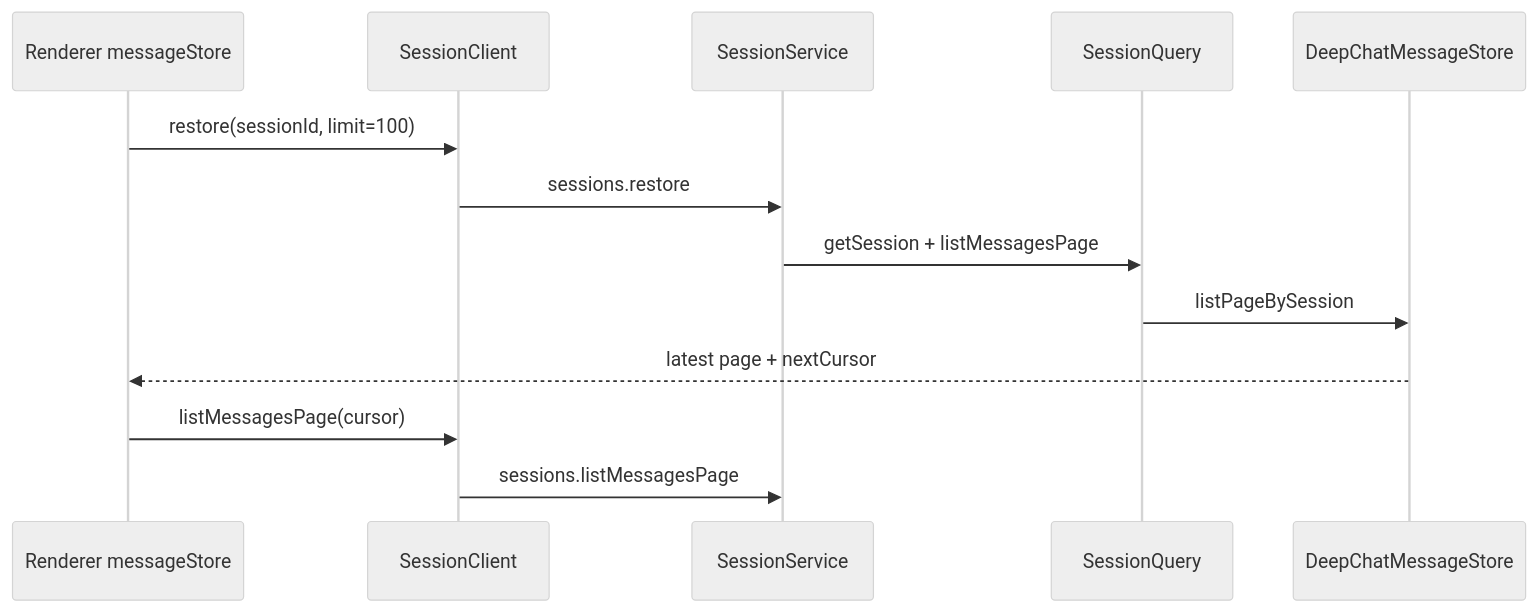
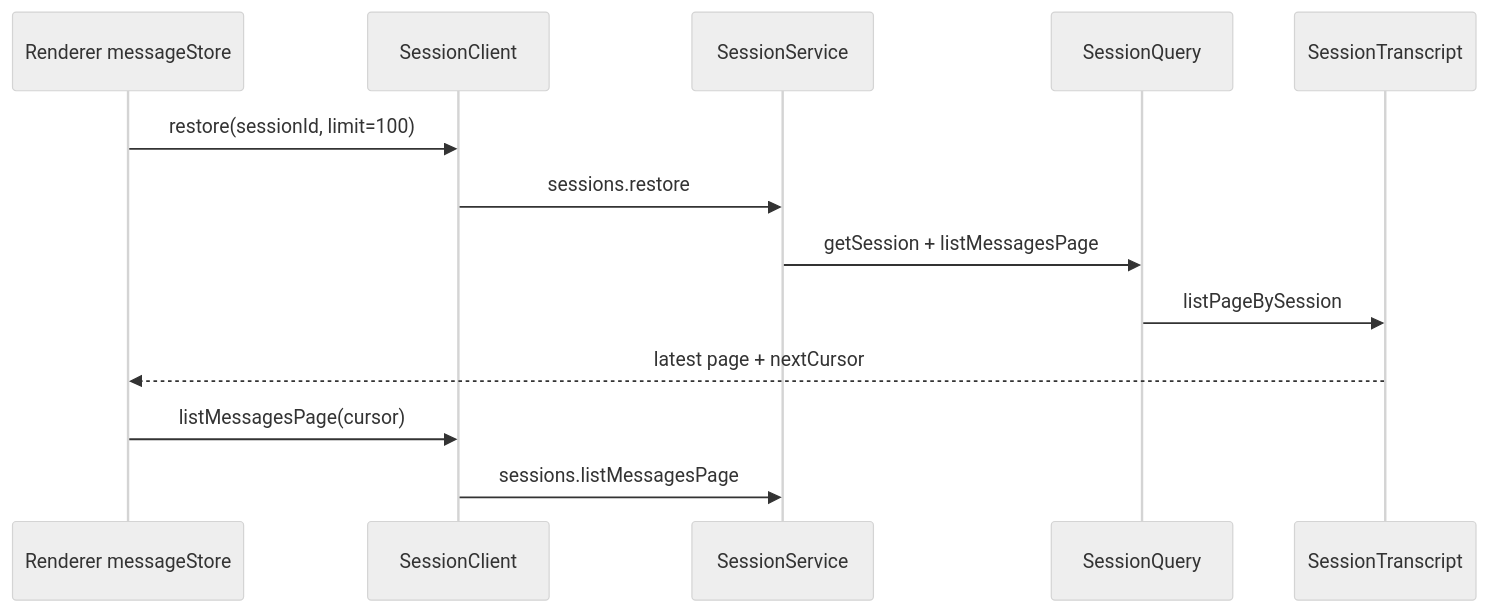
Before and after one commit to ThinkInAIXYZ/deepchat: the fourth of 9 diagrams in docs/FLOWS.md, drawn with Mermaid (neutral theme). The commit also changed 59 other files, not shown here.

````diff
--- a/docs/FLOWS.md
+++ b/docs/FLOWS.md
@@ -123,16 +123,16 @@
 ```mermaid
 sequenceDiagram
     participant R as Renderer messageStore
     participant S as SessionClient
     participant Route as SessionService
     participant P as SessionQuery
-    participant DB as DeepChatMessageStore
+    participant DB as SessionTranscript
 
     R->>S: restore(sessionId, limit=100)
     S->>Route: sessions.restore
     Route->>P: getSession + listMessagesPage
     P->>DB: listPageBySession
     DB-->>R: latest page + nextCursor
     R->>S: listMessagesPage(cursor)
     S->>Route: sessions.listMessagesPage
 ```
````
